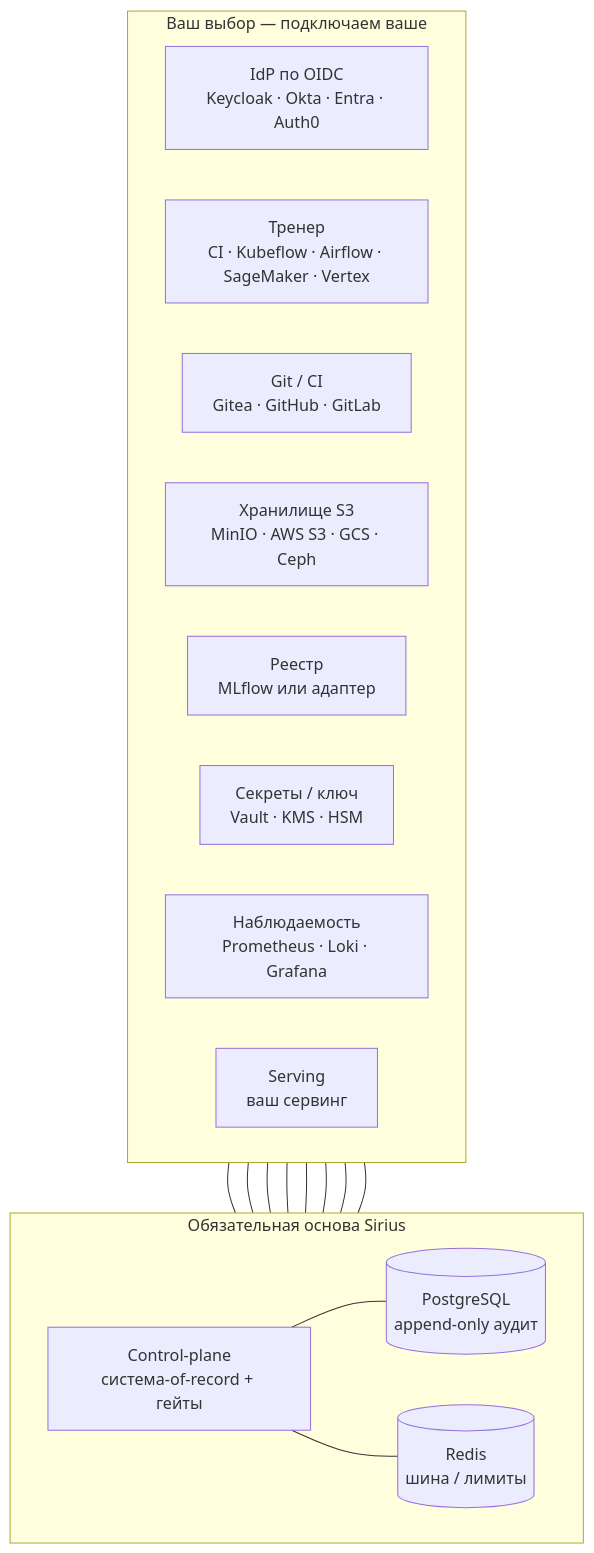
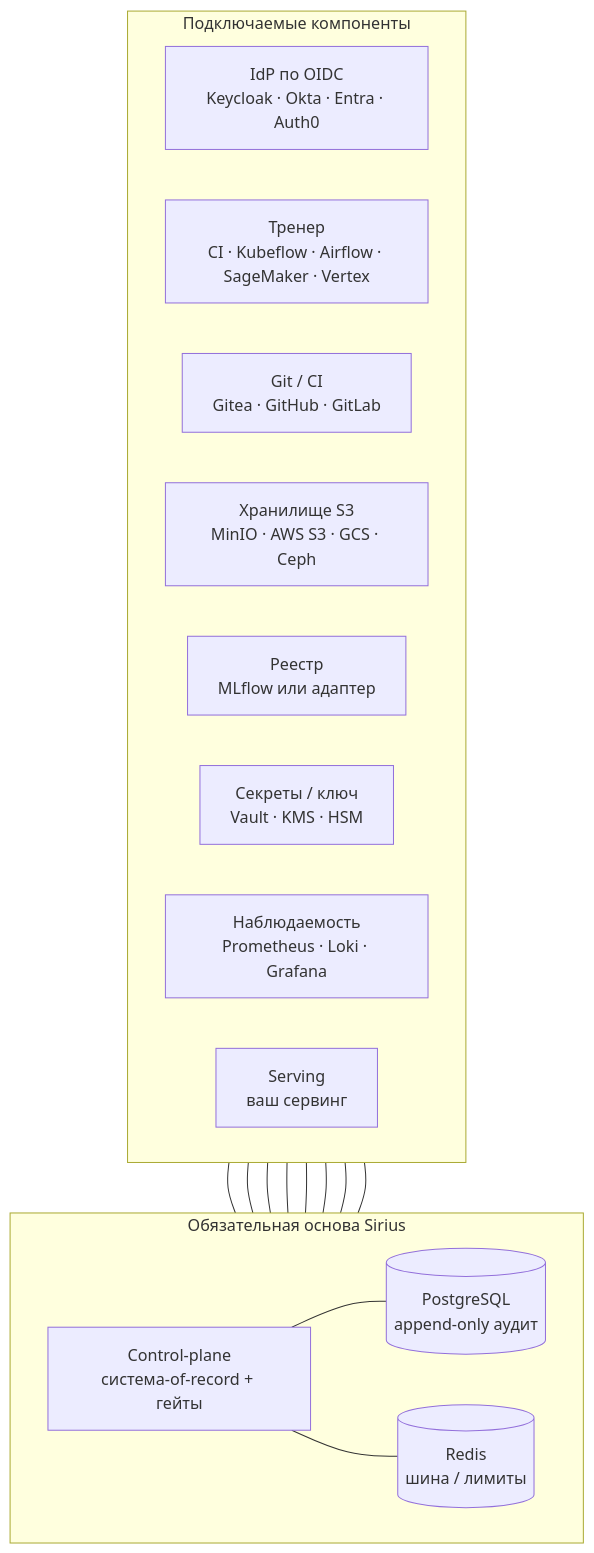
One commit to dmagog/Sirius-Argus changed the second of 2 diagrams in docs/integration.md. Above: the diagram before and after it, drawn with Mermaid. The commit also changed other lines of this file and 1 other file, not shown here.

````diff
--- a/docs/integration.md
+++ b/docs/integration.md
@@ -40,30 +40,30 @@
 ```mermaid
 flowchart TB
-    subgraph yours["Ваш выбор — подключаем ваше"]
+    subgraph yours["Подключаемые компоненты"]
       direction LR
       IdP["IdP по OIDC<br/>Keycloak · Okta · Entra · Auth0"]
       Train["Тренер<br/>CI · Kubeflow · Airflow · SageMaker · Vertex"]
       Git["Git / CI<br/>Gitea · GitHub · GitLab"]
       S3["Хранилище S3<br/>MinIO · AWS S3 · GCS · Ceph"]
       Reg["Реестр<br/>MLflow или адаптер"]
       Sec["Секреты / ключ<br/>Vault · KMS · HSM"]
       Obs["Наблюдаемость<br/>Prometheus · Loki · Grafana"]
       Serv["Serving<br/>ваш сервинг"]
     end
     subgraph core["Обязательная основа Sirius"]
       direction LR
       CP["Control-plane<br/>система-of-record + гейты"]
       PG[("PostgreSQL<br/>append-only аудит")]
       RD[("Redis<br/>шина / лимиты")]
     end
     IdP --- CP
     Train --- CP
     Git --- CP
     S3 --- CP
     Reg --- CP
     Sec --- CP
     Obs --- CP
     Serv --- CP
     CP --- PG
     CP --- RD
 ```
````
